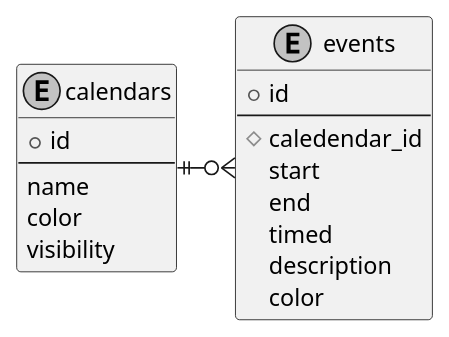
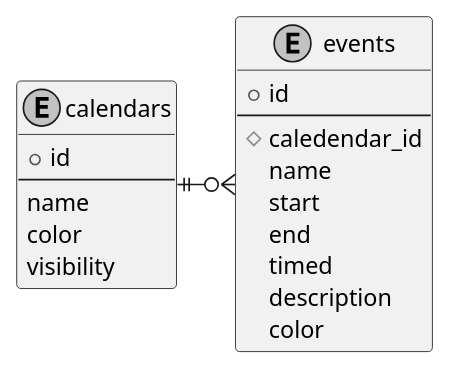
Before and after one commit to Atsu77/google_calender_vue_api: the diagram in docs/er/er.pu, drawn with PlantUML. The commit also changed 3 other files, not shown here.

```diff
--- a/docs/er/er.pu
+++ b/docs/er/er.pu
@@ -1,27 +1,28 @@
 @startuml er
 skinparam monochrome true 
 skinparam shadowing false
 
 entity calendars {
   + id
   --
   name
   color
   visibility
 }
 
 entity events {
   + id
   --
   # caledendar_id
+  name
   start
   end
   timed
   description
   color
 }
 
 calendars ||-r-o{ events
 
 
 @enduml 
```
